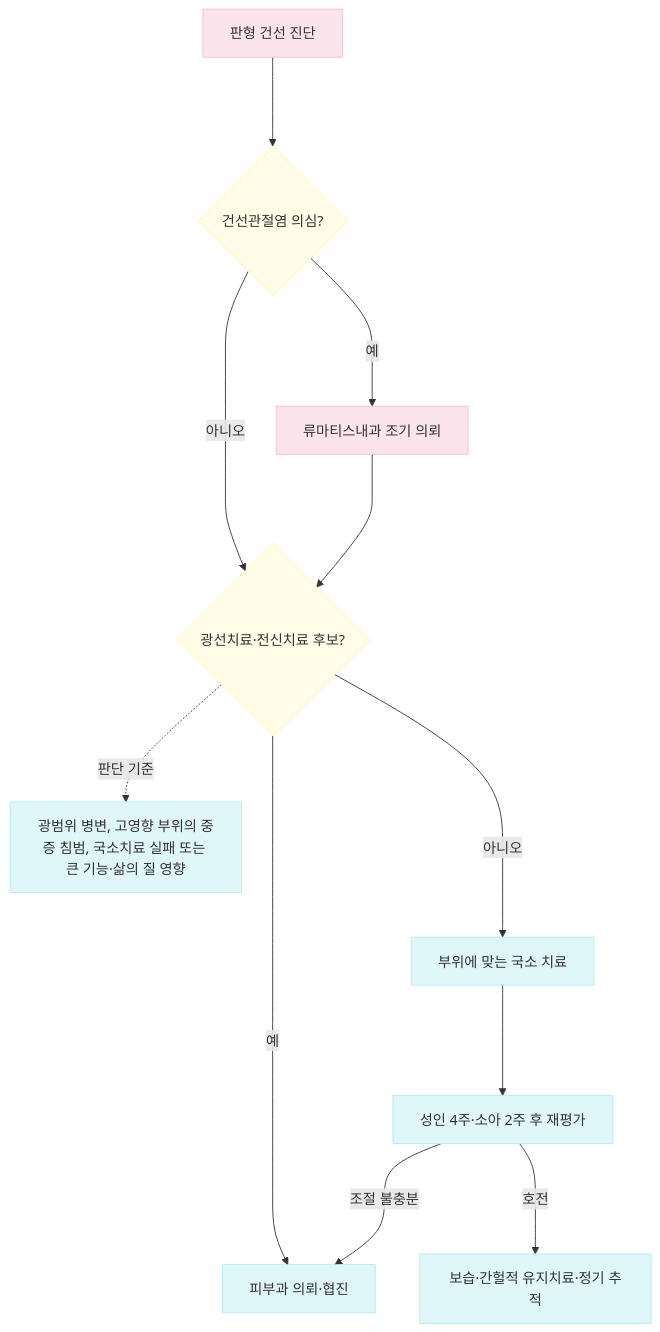
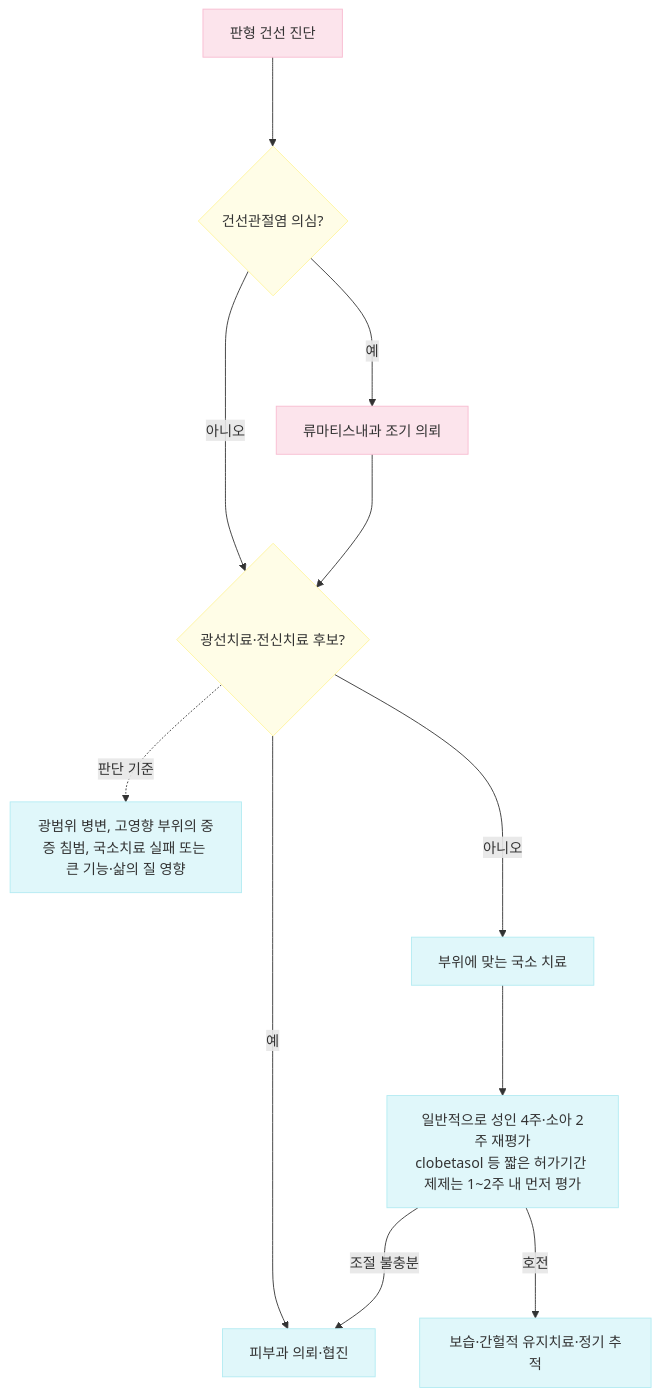
The diagram in 229_/163_-psoriasis.md (familyoh77/familyoh77), drawn with Mermaid before and after one commit. The commit also changed other lines of this file and 9 other files, not shown here.

````diff
--- a/229_/163_-psoriasis.md
+++ b/229_/163_-psoriasis.md
@@ -155,19 +155,19 @@
 ```mermaid
 graph TD
     Start["판형 건선 진단"] ---> Q1{"건선관절염 의심?"}
     Q1 --->|예| PsA["류마티스내과 조기 의뢰"]
     Q1 --->|아니오| Q2{"광선치료·전신치료 후보?"}
     PsA ---> Q2
     Q2 --->|아니오| Local["부위에 맞는 국소 치료"]
     Q2 --->|예| Derm["피부과 의뢰·협진"]
     Q2 -. 판단 기준 .-> Criteria["광범위 병변, 고영향 부위의 중증 침범, 국소치료 실패 또는 큰 기능·삶의 질 영향"]
-    Local ---> Reassess["성인 4주·소아 2주 후 재평가"]
+    Local ---> Reassess["일반적으로 성인 4주·소아 2주 재평가<br/>clobetasol 등 짧은 허가기간 제제는 1~2주 내 먼저 평가"]
     Reassess --->|조절 불충분| Derm
     Reassess --->|호전| Maintain["보습·간헐적 유지치료·정기 추적"]
     classDef pinkNode fill:#fce4ec,stroke:#f8bbd0,stroke-width:1px
     classDef yellowNode fill:#fffde7,stroke:#fff59d,stroke-width:1px
     classDef blueNode fill:#e0f7fa,stroke:#b2ebf2,stroke-width:1px
     class Start,PsA pinkNode
     class Q1,Q2 yellowNode
     class Local,Derm,Criteria,Reassess,Maintain blueNode
 ```
````
